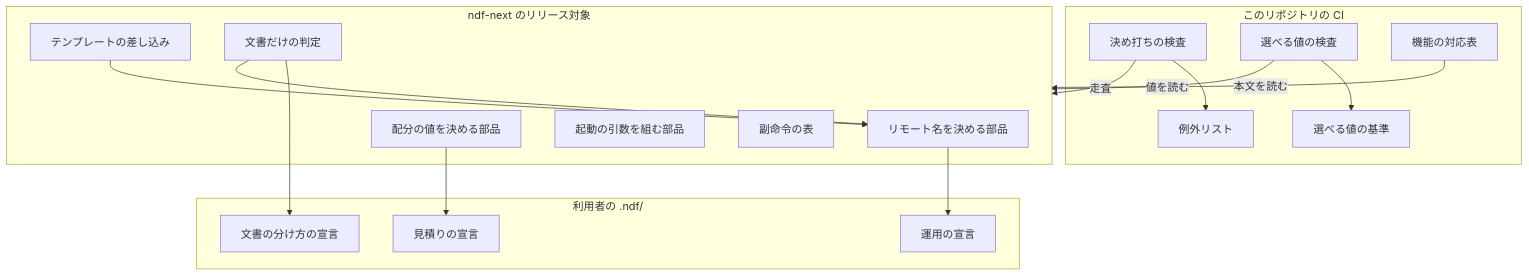
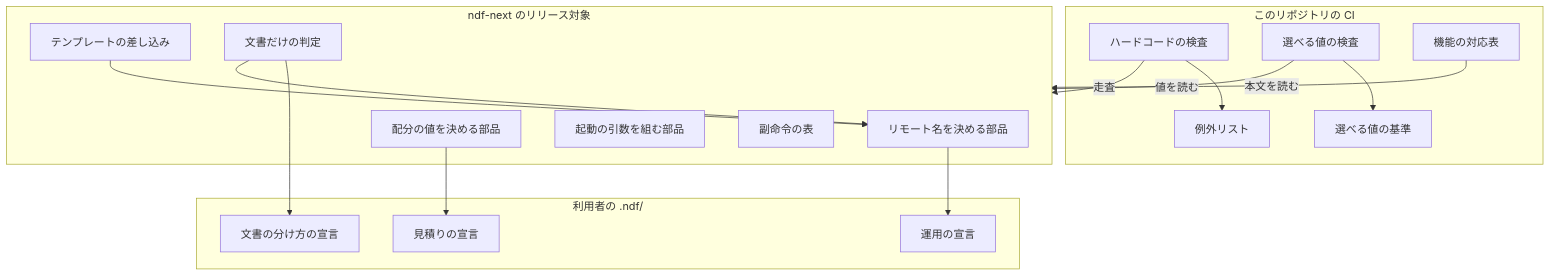
One commit to devbasex/ai-plugins changed the first of 4 diagrams in issues/issue-3617-design.md. Above: the diagram before and after it, drawn with Mermaid. The commit also changed other lines of this file and 1 other file, not shown here.

````diff
--- a/issues/issue-3617-design.md
+++ b/issues/issue-3617-design.md
@@ -178,33 +204,33 @@
 ```mermaid
 graph TD
     subgraph CI["このリポジトリの CI"]
-        RA[決め打ちの検査]
+        RA[ハードコードの検査]
         AL[例外リスト]
         CH[選べる値の検査]
         BL[選べる値の基準]
         PT[機能の対応表]
     end
     subgraph NEXT["ndf-next のリリース対象"]
         RM[リモート名を決める部品]
         TP[テンプレートの差し込み]
         DO[文書だけの判定]
         AC[配分の値を決める部品]
         CL[起動の引数を組む部品]
         CM[副命令の表]
     end
     subgraph DECL["利用者の .ndf/"]
         WT[運用の宣言]
         PJ[文書の分け方の宣言]
         ES[見積りの宣言]
     end
     RA --> AL
     RA -->|走査| NEXT
     CH --> BL
     CH -->|値を読む| NEXT
     RM --> WT
     TP --> RM
     DO --> PJ
     DO --> RM
     AC --> ES
     PT -->|本文を読む| NEXT
 ```
````
